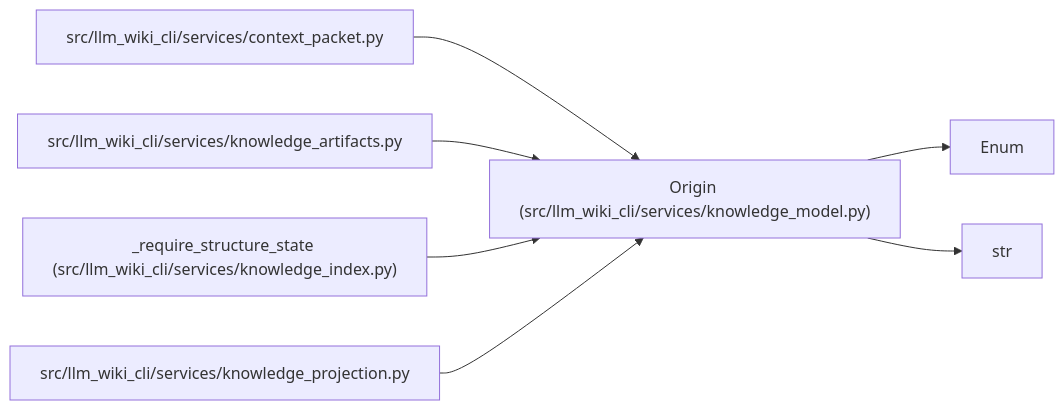
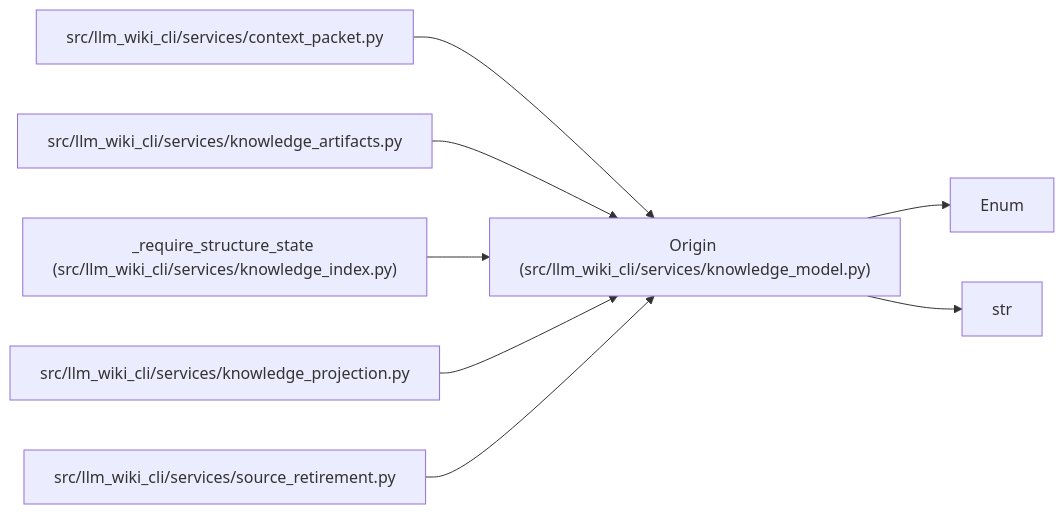
Before and after one commit to Denissvgn/python-wiki-llm: the diagram in docs/llm_wiki/entities/Origin.md, drawn with Mermaid. The commit also changed other lines of this file and 537 other files, not shown here.

````diff
--- a/docs/llm_wiki/entities/Origin.md
+++ b/docs/llm_wiki/entities/Origin.md
@@ -31,21 +31,24 @@
 ```mermaid
 flowchart LR
     n0["Origin (src/llm_wiki_cli/services/knowledge_model.py)"]
     n1["Enum"]
     n2["str"]
     n3["src/llm_wiki_cli/services/context_packet.py"]
     n4["src/llm_wiki_cli/services/knowledge_artifacts.py"]
     n5["_require_structure_state (src/llm_wiki_cli/services/knowledge_index.py)"]
     n6["src/llm_wiki_cli/services/knowledge_projection.py"]
+    n7["src/llm_wiki_cli/services/source_retirement.py"]
     n0 --> n1
     n0 --> n2
     n3 --> n0
     n4 --> n0
     n5 --> n0
     n6 --> n0
+    n7 --> n0
     click n0 "../modules/knowledge_model.md"
     click n3 "../modules/context_packet.md"
     click n4 "../modules/knowledge_artifacts.md"
     click n5 "../modules/knowledge_index.md"
     click n6 "../modules/knowledge_projection.md"
+    click n7 "../modules/source_retirement.md"
 ```
````
